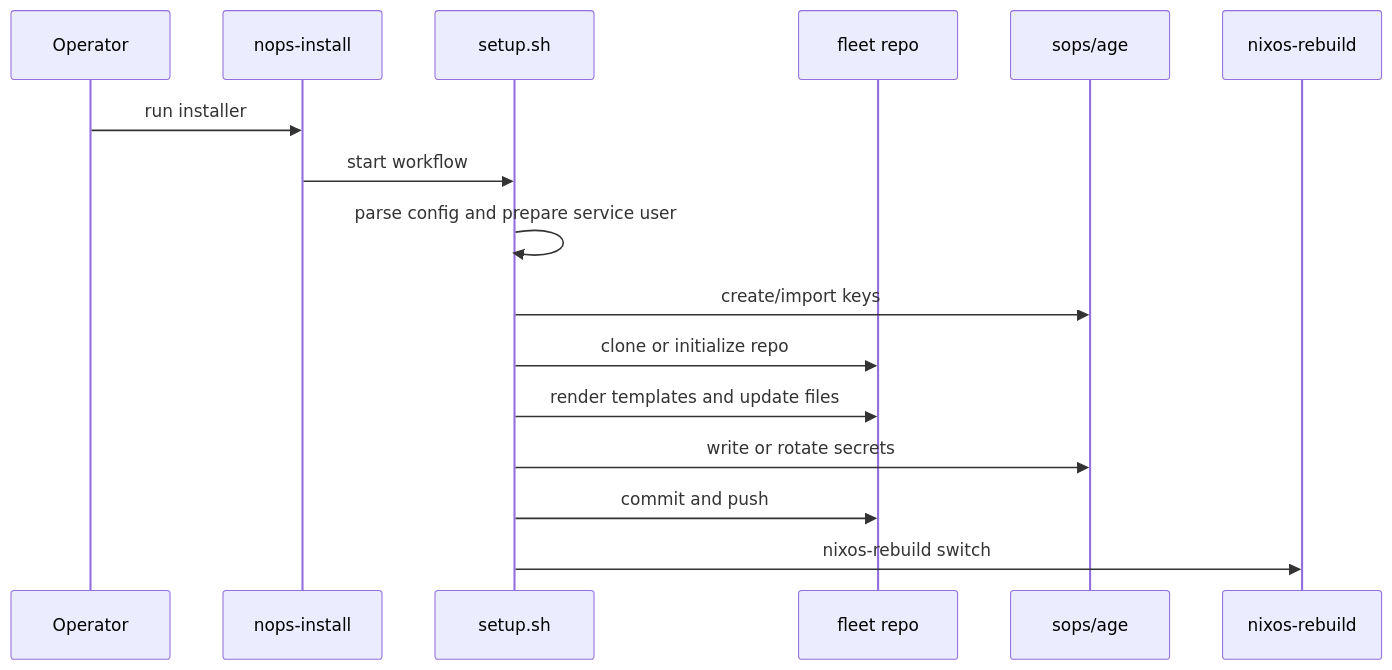
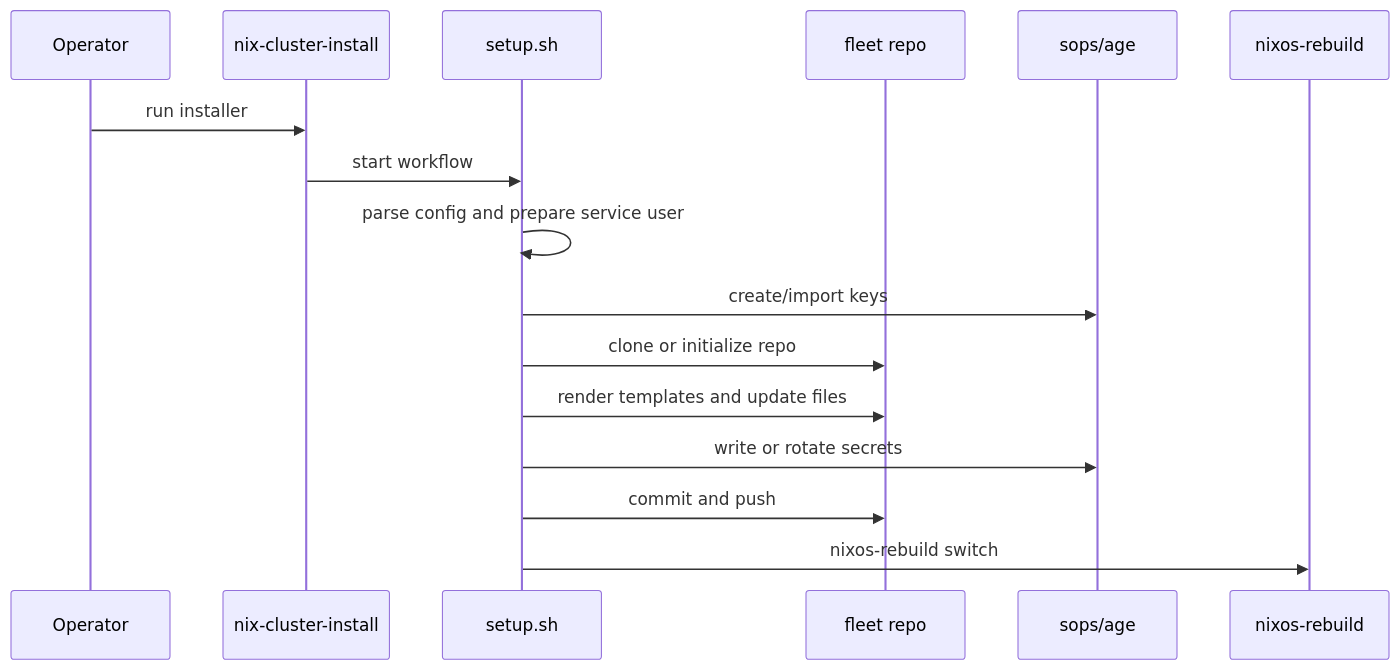
One commit to MossTeK/nix-cluster changed the first of 2 diagrams in docs/wiki/Operations-and-Enrollment.md. Above: the diagram before and after it, drawn with Mermaid. The commit also changed other lines of this file and 32 other files, not shown here.

Commit message:
chore: update nix-cluster

````diff
--- a/docs/wiki/Operations-and-Enrollment.md
+++ b/docs/wiki/Operations-and-Enrollment.md
@@ -148,19 +148,19 @@
 ```mermaid
 sequenceDiagram
     participant User as Operator
-    participant Install as nops-install
+    participant Install as nix-cluster-install
     participant Setup as setup.sh
     participant Repo as fleet repo
     participant SOPS as sops/age
     participant Rebuild as nixos-rebuild
 
     User->>Install: run installer
     Install->>Setup: start workflow
     Setup->>Setup: parse config and prepare service user
     Setup->>SOPS: create/import keys
     Setup->>Repo: clone or initialize repo
     Setup->>Repo: render templates and update files
     Setup->>SOPS: write or rotate secrets
     Setup->>Repo: commit and push
     Setup->>Rebuild: nixos-rebuild switch
 ```
````
